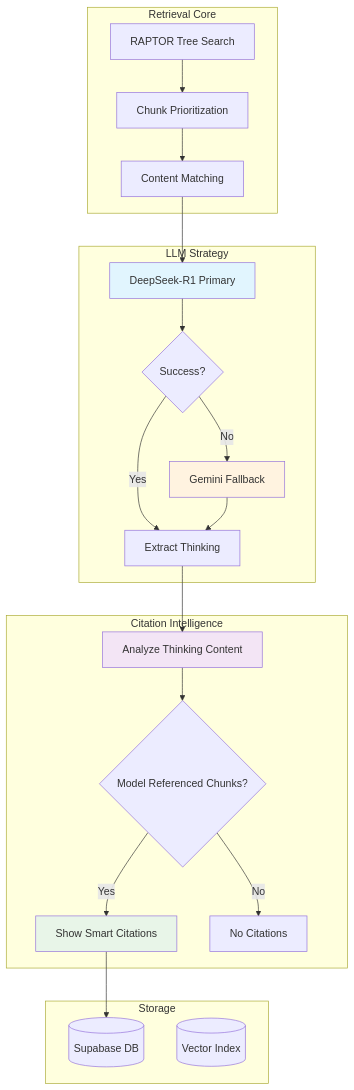
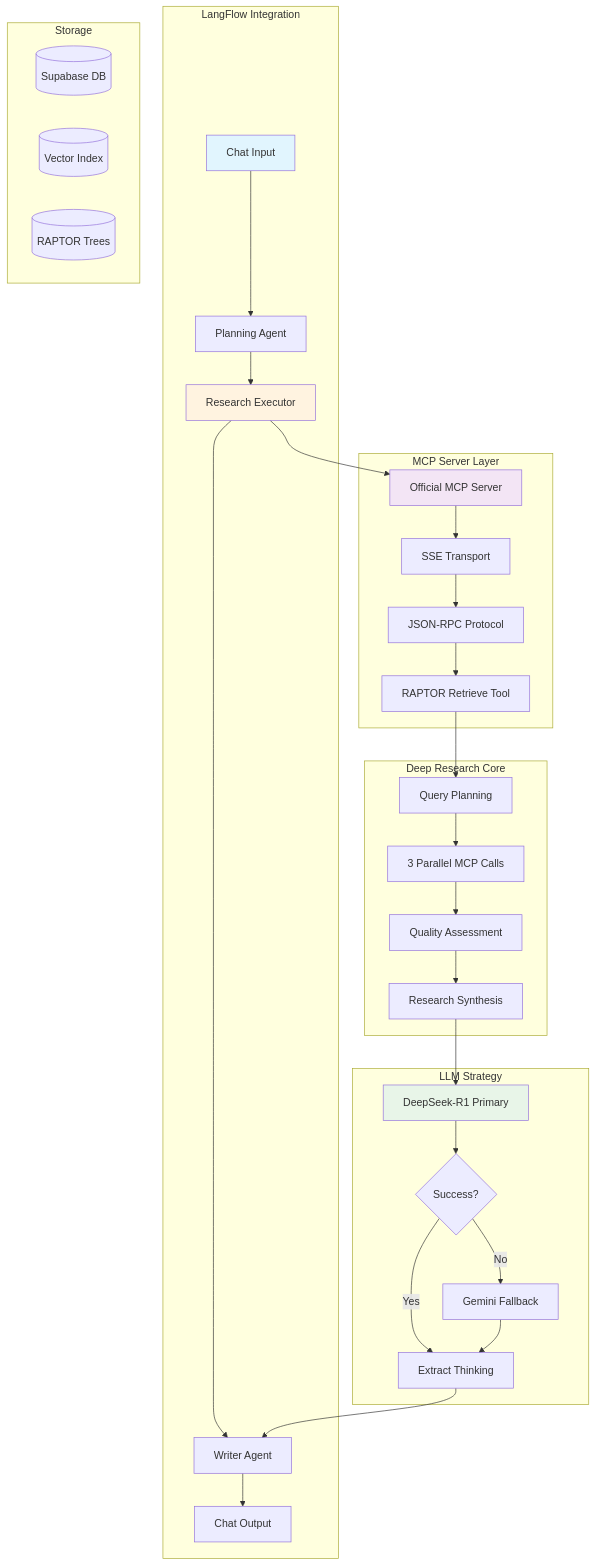
The diagram in README.md (khoahuyn/Rsptor), drawn with Mermaid before and after one commit. The commit also changed other lines of this file and 10 other files, not shown here.

Commit message:
set up mcp retrieval and connect langflow

````diff
--- a/README.md
+++ b/README.md
@@ -41,37 +43,44 @@
 ```mermaid
 flowchart TD
-    subgraph "LLM Strategy"
-        A[DeepSeek-R1 Primary] --> B{Success?}
-        B -->|Yes| C[Extract Thinking]
-        B -->|No| D[Gemini Fallback]
-        D --> C
+    subgraph "LangFlow Integration"
+        A[Chat Input] --> B[Planning Agent]
+        B --> C[Research Executor]
+        C --> D[Writer Agent]
+        D --> E[Chat Output]
     end
     
-    subgraph "Citation Intelligence" 
-        C --> E[Analyze Thinking Content]
-        E --> F{Model Referenced Chunks?}
-        F -->|Yes| G[Show Smart Citations]
-        F -->|No| H[No Citations]
+    subgraph "MCP Server Layer"
+        F[Official MCP Server] --> G[SSE Transport]
+        G --> H[JSON-RPC Protocol]
+        H --> I[RAPTOR Retrieve Tool]
     end
     
-    subgraph "Retrieval Core"
-        I[RAPTOR Tree Search]
-        J[Chunk Prioritization]  
-        K[Content Matching]
+    subgraph "Deep Research Core"
+        J[Query Planning] --> K[3 Parallel MCP Calls]
+        K --> L[Quality Assessment]
+        L --> M[Research Synthesis]
+    end
+    
+    subgraph "LLM Strategy" 
+        N[DeepSeek-R1 Primary] --> O{Success?}
+        O -->|Yes| P[Extract Thinking]
+        O -->|No| Q[Gemini Fallback]
+        Q --> P
     end
     
     subgraph "Storage"
-        L[(Supabase DB)]
-        M[(Vector Index)]
+        R[(Supabase DB)]
+        S[(Vector Index)]
+        T[(RAPTOR Trees)]
     end
     
+    C --> F
     I --> J
-    J --> K
-    K --> A
-    G --> L
+    M --> N
+    P --> D
     
     style A fill:#e1f5fe
-    style D fill:#fff3e0
-    style E fill:#f3e5f5
-    style G fill:#e8f5e8
+    style C fill:#fff3e0
+    style F fill:#f3e5f5
+    style N fill:#e8f5e8
 ```
````
